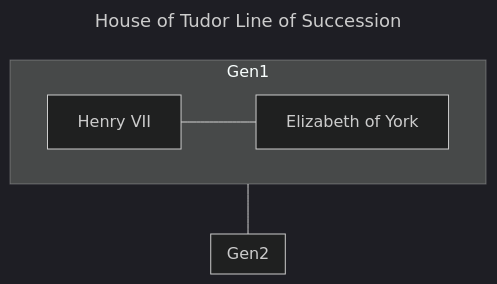
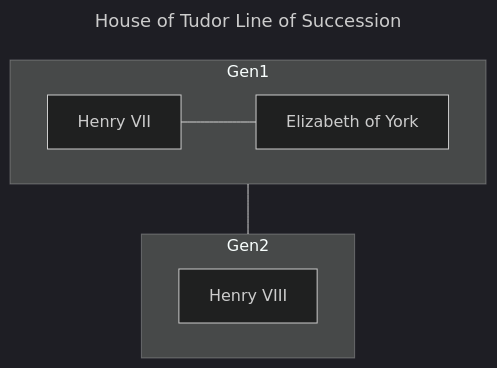
One commit to mercedesb/house-of-tudor changed the diagram in index.md. Above: the diagram before and after it, drawn with Mermaid (dark theme).

Commit message:
henry became king

````diff
--- a/index.md
+++ b/index.md
@@ -1,13 +1,14 @@
 ```mermaid
 ---
 title: House of Tudor Line of Succession
 ---
 flowchart
   subgraph Gen2
+    H8[Henry VIII]
   end
   subgraph Gen1
     H7[Henry VII]---E[Elizabeth of York]
   end
 
   Gen1---Gen2
 ```
````
